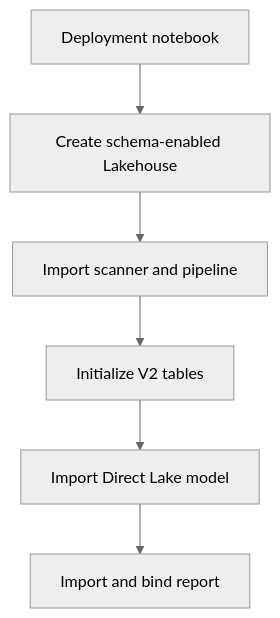
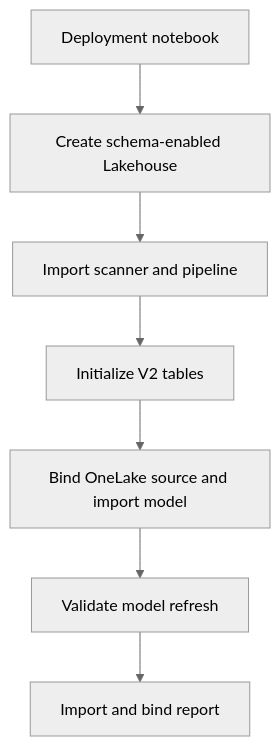
Before and after one commit to ZeonZheng/fabric-semantic-model-optimization: the second of 2 diagrams in docs/architecture.md, drawn with Mermaid (neutral theme). The commit also changed other lines of this file and 22 other files, not shown here.

Commit message:
Fix deployment branch and Direct Lake binding

````diff
--- a/docs/architecture.md
+++ b/docs/architecture.md
@@ -30,8 +30,9 @@
 ```mermaid
 flowchart TD
     A[Deployment notebook] --> B[Create schema-enabled Lakehouse]
     B --> C[Import scanner and pipeline]
     C --> D[Initialize V2 tables]
-    D --> E[Import Direct Lake model]
-    E --> F[Import and bind report]
+    D --> E[Bind OneLake source and import model]
+    E --> F[Validate model refresh]
+    F --> G[Import and bind report]
 ```
````
